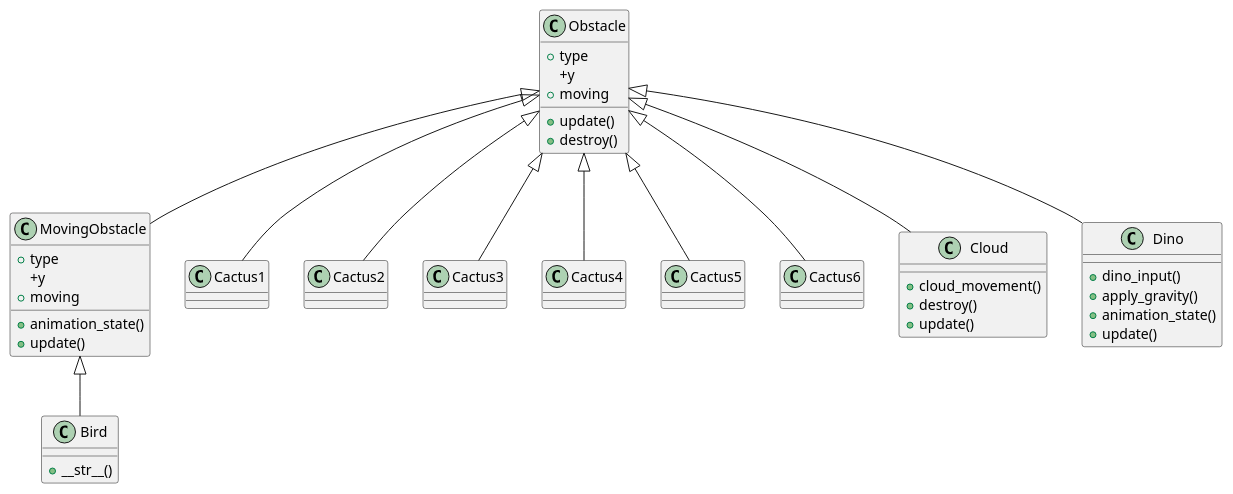
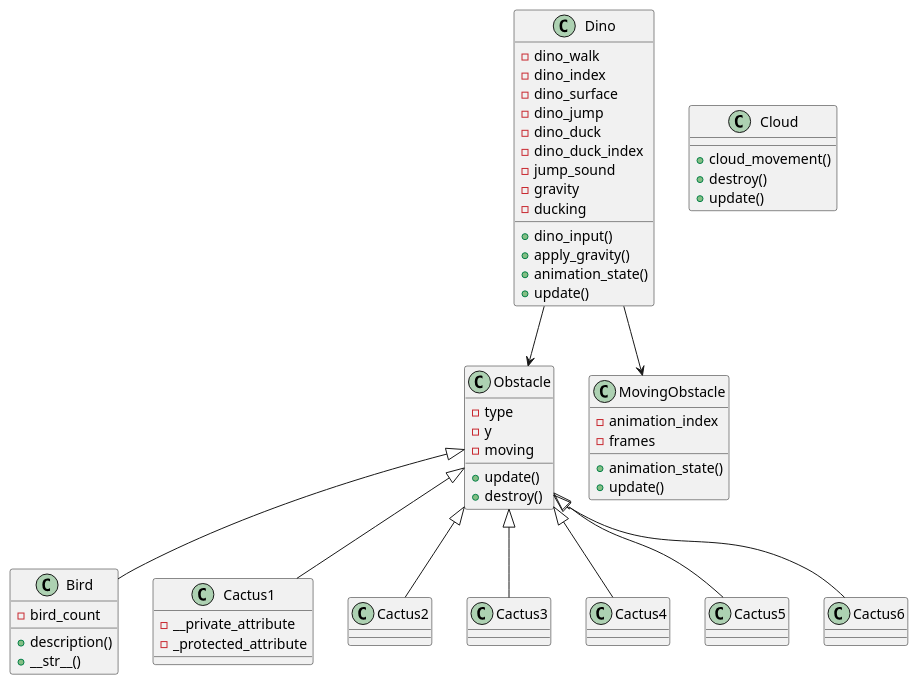
Before and after one commit to notedwinpiatek/Dino-Run: the diagram in diagram.puml, drawn with PlantUML.

Commit message:
feat: diragram UML

```diff
--- a/diagram.puml
+++ b/diagram.puml
@@ -1,65 +1,61 @@
 @startuml
 
+class Dino {
+    - dino_walk
+    - dino_index
+    - dino_surface
+    - dino_jump
+    - dino_duck
+    - dino_duck_index
+    - jump_sound
+    - gravity
+    - ducking
+    + dino_input()
+    + apply_gravity()
+    + animation_state()
+    + update()
+}
+
 class Obstacle {
-    +type
-    +y
-    +moving
-    +update()
-    +destroy()
+    - type
+    - y
+    - moving
+    + update()
+    + destroy()
 }
 
 class MovingObstacle {
-    +type
-    +y
-    +moving
-    +animation_state()
-    +update()
+    - animation_index
+    - frames
+    + animation_state()
+    + update()
 }
 
 class Bird {
-    +__str__()
+    - bird_count
+    + description()
+    + __str__()
 }
 
 class Cactus1 {
-}
-
-class Cactus2 {
-}
-
-class Cactus3 {
-}
-
-class Cactus4 {
-}
-
-class Cactus5 {
-}
-
-class Cactus6 {
+    - __private_attribute
+    - _protected_attribute
 }
 
 class Cloud {
-    +cloud_movement()
-    +destroy()
-    +update()
+    + cloud_movement()
+    + destroy()
+    + update()
 }
 
-class Dino {
-    +dino_input()
-    +apply_gravity()
-    +animation_state()
-    +update()
-}
-
-Obstacle <|-- MovingObstacle
-MovingObstacle <|-- Bird
+Dino --> Obstacle
+Dino --> MovingObstacle
+Obstacle <|-- Bird
 Obstacle <|-- Cactus1
 Obstacle <|-- Cactus2
 Obstacle <|-- Cactus3
 Obstacle <|-- Cactus4
 Obstacle <|-- Cactus5
 Obstacle <|-- Cactus6
-Obstacle <|-- Cloud
-Obstacle <|-- Dino
 
 @enduml
```
